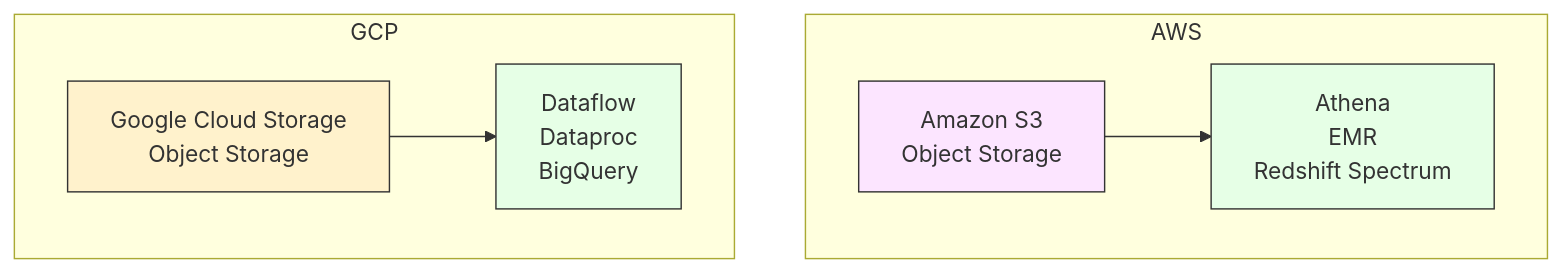
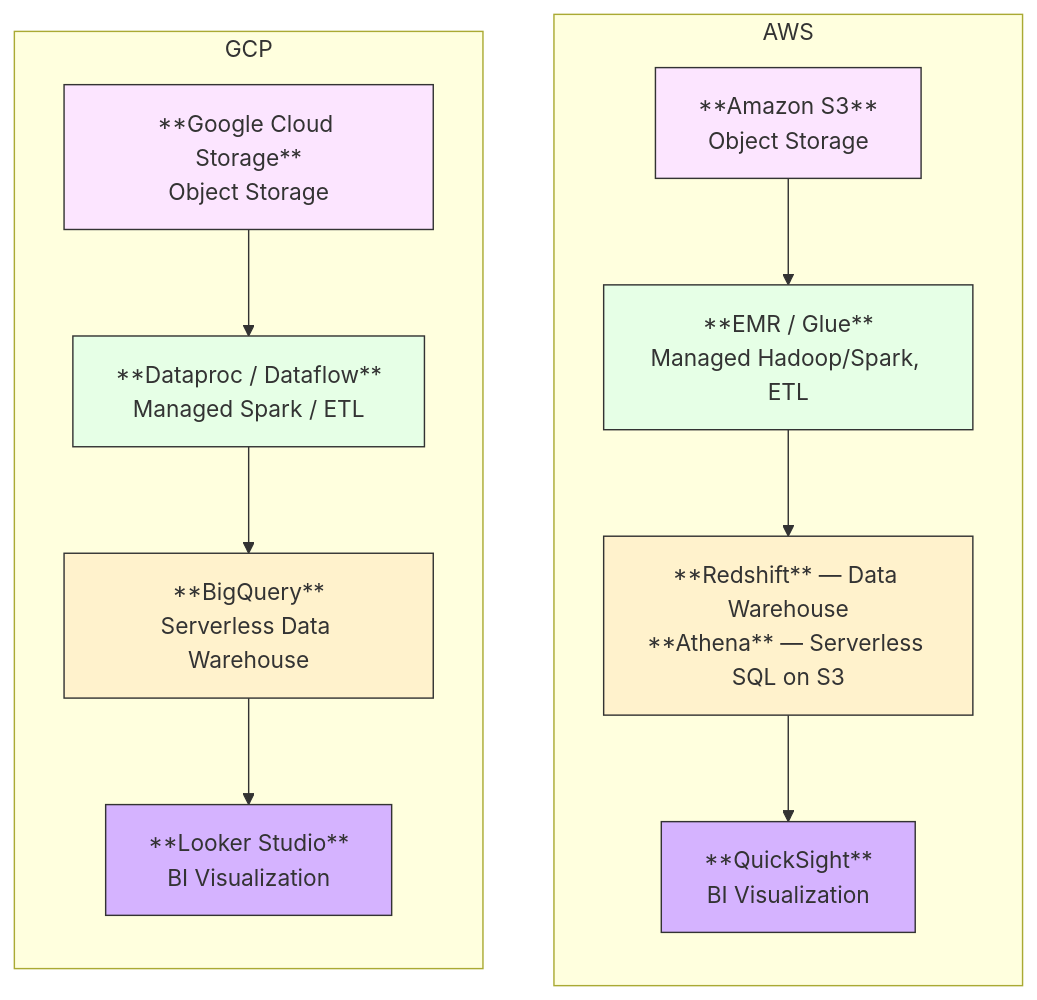
The first of 14 diagrams in README.md (blaire101/DE2-AWS-Azure-GCP-2025), drawn with Mermaid before and after one commit.

````diff
--- a/README.md
+++ b/README.md
@@ -1,19 +1,35 @@
 ```mermaid
 flowchart TB
-    subgraph AWS
-        S3[Amazon S3<br/>Object Storage] --> EMR[Athena <br> EMR <br> Redshift Spectrum]
+    %% === AWS Side ===
+    subgraph AWS[AWS]
+        direction TB
+        S3[**Amazon S3**<br/>Object Storage]
+        EMR[**EMR / Glue**<br/>Managed Hadoop/Spark, ETL]
+        RS[**Redshift** — Data Warehouse<br/>**Athena** — Serverless SQL on S3]
+        QS[**QuickSight**<br/>BI Visualization]
     end
 
-    subgraph GCP
-        GCS[Google Cloud Storage<br/>Object Storage] --> BQ[Dataflow <br> Dataproc <br> BigQuery]
+    %% === GCP Side ===
+    subgraph GCP[GCP]
+        direction TB
+        GCS[**Google Cloud Storage**<br/>Object Storage]
+        DP[**Dataproc / Dataflow**<br/>Managed Spark / ETL]
+        BQ[**BigQuery**<br/>Serverless Data Warehouse]
+        Looker[**Looker Studio**<br/>BI Visualization]
     end
 
-    classDef aws fill:#fce5ff,stroke:#333,stroke-width:1px;
-    classDef gcp fill:#fff2cc,stroke:#333,stroke-width:1px;
-    classDef engine fill:#e6ffe6,stroke:#333,stroke-width:1px;
+    %% === Flow Arrows ===
+    S3 --> EMR --> RS --> QS
+    GCS --> DP --> BQ --> Looker
 
-    class S3 aws;
-    class GCS gcp;
-    class EMR engine;
-    class BQ engine;
+    %% === Styles ===
+    classDef storage fill:#fce5ff,stroke:#333,stroke-width:1px;
+    classDef process fill:#e6ffe6,stroke:#333,stroke-width:1px;
+    classDef warehouse fill:#fff2cc,stroke:#333,stroke-width:1px;
+    classDef bi fill:#d5b3ff,stroke:#333,stroke-width:1px;
+
+    class S3,GCS storage;
+    class EMR,DP process;
+    class RS,BQ warehouse;
+    class QS,Looker bi;
 ```
````
